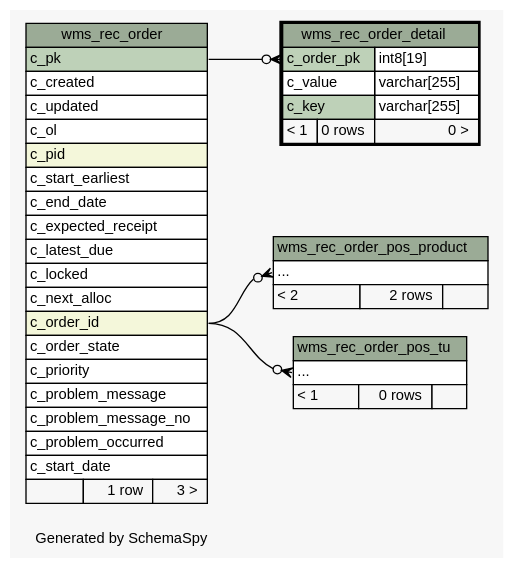
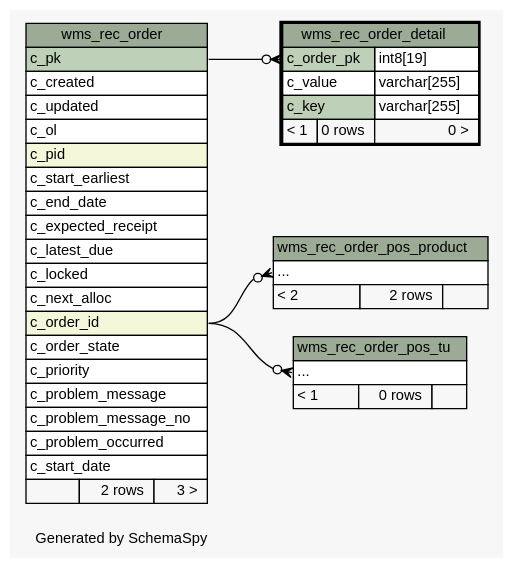
The diagram in 1.0.0-SNAPSHOT/schemaspy/diagrams/wms_rec_order_detail.2degrees.dot (openwms/org.openwms.wms.receiving.lib), drawn with Graphviz before and after one commit. The commit also changed 421 other files, not shown here.

```diff
--- a/1.0.0-SNAPSHOT/schemaspy/diagrams/wms_rec_order_detail.2degrees.dot
+++ b/1.0.0-SNAPSHOT/schemaspy/diagrams/wms_rec_order_detail.2degrees.dot
@@ -1,84 +1,84 @@
-// dot 2.43.0 on Linux 5.11.0-1028-azure
+// dot 2.43.0 on Linux 5.13.0-1017-azure
 // SchemaSpy rev Unknown
 digraph "twoDegreesRelationshipsDiagram" {
   graph [
     rankdir="RL"
     bgcolor="#f7f7f7"
     label="\nGenerated by SchemaSpy"
     labeljust="l"
     nodesep="0.18"
     ranksep="0.46"
     fontname="Helvetica"
     fontsize="11"
   ];
   node [
     fontname="Helvetica"
     fontsize="11"
     shape="plaintext"
   ];
   edge [
     arrowsize="0.8"
   ];
   "wms_rec_order_detail":"c_order_pk":w -> "wms_rec_order":"c_pk":e [arrowhead=none dir=back arrowtail=crowodot];
   "wms_rec_order_pos_product":"elipses":w -> "wms_rec_order":"c_order_id":e [arrowhead=none dir=back arrowtail=crowodot];
   "wms_rec_order_pos_tu":"elipses":w -> "wms_rec_order":"c_order_id":e [arrowhead=none dir=back arrowtail=crowodot];
   "wms_rec_order" [
     label=<
     <TABLE BORDER="0" CELLBORDER="1" CELLSPACING="0" BGCOLOR="#ffffff">
       <TR><TD COLSPAN="3" BGCOLOR="#9bab96" ALIGN="CENTER">wms_rec_order</TD></TR>
       <TR><TD PORT="c_pk" COLSPAN="3" BGCOLOR="#bed1b8" ALIGN="LEFT">c_pk</TD></TR>
       <TR><TD PORT="c_created" COLSPAN="3" ALIGN="LEFT">c_created</TD></TR>
       <TR><TD PORT="c_updated" COLSPAN="3" ALIGN="LEFT">c_updated</TD></TR>
       <TR><TD PORT="c_ol" COLSPAN="3" ALIGN="LEFT">c_ol</TD></TR>
       <TR><TD PORT="c_pid" COLSPAN="3" BGCOLOR="#f4f7da" ALIGN="LEFT">c_pid</TD></TR>
       <TR><TD PORT="c_start_earliest" COLSPAN="3" ALIGN="LEFT">c_start_earliest</TD></TR>
       <TR><TD PORT="c_end_date" COLSPAN="3" ALIGN="LEFT">c_end_date</TD></TR>
       <TR><TD PORT="c_expected_receipt" COLSPAN="3" ALIGN="LEFT">c_expected_receipt</TD></TR>
       <TR><TD PORT="c_latest_due" COLSPAN="3" ALIGN="LEFT">c_latest_due</TD></TR>
       <TR><TD PORT="c_locked" COLSPAN="3" ALIGN="LEFT">c_locked</TD></TR>
       <TR><TD PORT="c_next_alloc" COLSPAN="3" ALIGN="LEFT">c_next_alloc</TD></TR>
       <TR><TD PORT="c_order_id" COLSPAN="3" BGCOLOR="#f4f7da" ALIGN="LEFT">c_order_id</TD></TR>
       <TR><TD PORT="c_order_state" COLSPAN="3" ALIGN="LEFT">c_order_state</TD></TR>
       <TR><TD PORT="c_priority" COLSPAN="3" ALIGN="LEFT">c_priority</TD></TR>
       <TR><TD PORT="c_problem_message" COLSPAN="3" ALIGN="LEFT">c_problem_message</TD></TR>
       <TR><TD PORT="c_problem_message_no" COLSPAN="3" ALIGN="LEFT">c_problem_message_no</TD></TR>
       <TR><TD PORT="c_problem_occurred" COLSPAN="3" ALIGN="LEFT">c_problem_occurred</TD></TR>
       <TR><TD PORT="c_start_date" COLSPAN="3" ALIGN="LEFT">c_start_date</TD></TR>
-      <TR><TD ALIGN="LEFT" BGCOLOR="#f7f7f7">  </TD><TD ALIGN="RIGHT" BGCOLOR="#f7f7f7">1 row</TD><TD ALIGN="RIGHT" BGCOLOR="#f7f7f7">3 &gt;</TD></TR>
+      <TR><TD ALIGN="LEFT" BGCOLOR="#f7f7f7">  </TD><TD ALIGN="RIGHT" BGCOLOR="#f7f7f7">2 rows</TD><TD ALIGN="RIGHT" BGCOLOR="#f7f7f7">3 &gt;</TD></TR>
     </TABLE>>
     URL="wms_rec_order.html"
     tooltip="wms_rec_order"
   ];
   "wms_rec_order_detail" [
     label=<
     <TABLE BORDER="2" CELLBORDER="1" CELLSPACING="0" BGCOLOR="#ffffff">
       <TR><TD COLSPAN="3" BGCOLOR="#9bab96" ALIGN="CENTER">wms_rec_order_detail</TD></TR>
       <TR><TD PORT="c_order_pk" COLSPAN="2" BGCOLOR="#bed1b8" ALIGN="LEFT">c_order_pk</TD><TD PORT="c_order_pk.type" ALIGN="LEFT">int8[19]</TD></TR>
       <TR><TD PORT="c_value" COLSPAN="2" ALIGN="LEFT">c_value</TD><TD PORT="c_value.type" ALIGN="LEFT">varchar[255]</TD></TR>
       <TR><TD PORT="c_key" COLSPAN="2" BGCOLOR="#bed1b8" ALIGN="LEFT">c_key</TD><TD PORT="c_key.type" ALIGN="LEFT">varchar[255]</TD></TR>
       <TR><TD ALIGN="LEFT" BGCOLOR="#f7f7f7">&lt; 1</TD><TD ALIGN="RIGHT" BGCOLOR="#f7f7f7">0 rows</TD><TD ALIGN="RIGHT" BGCOLOR="#f7f7f7">0 &gt;</TD></TR>
     </TABLE>>
     URL="wms_rec_order_detail.html"
     tooltip="wms_rec_order_detail"
   ];
   "wms_rec_order_pos_product" [
     label=<
     <TABLE BORDER="0" CELLBORDER="1" CELLSPACING="0" BGCOLOR="#ffffff">
       <TR><TD COLSPAN="3" BGCOLOR="#9bab96" ALIGN="CENTER">wms_rec_order_pos_product</TD></TR>
       <TR><TD PORT="elipses" COLSPAN="3" ALIGN="LEFT">...</TD></TR>
       <TR><TD ALIGN="LEFT" BGCOLOR="#f7f7f7">&lt; 2</TD><TD ALIGN="RIGHT" BGCOLOR="#f7f7f7">2 rows</TD><TD ALIGN="RIGHT" BGCOLOR="#f7f7f7">  </TD></TR>
     </TABLE>>
     URL="wms_rec_order_pos_product.html"
     tooltip="wms_rec_order_pos_product"
   ];
   "wms_rec_order_pos_tu" [
     label=<
     <TABLE BORDER="0" CELLBORDER="1" CELLSPACING="0" BGCOLOR="#ffffff">
       <TR><TD COLSPAN="3" BGCOLOR="#9bab96" ALIGN="CENTER">wms_rec_order_pos_tu</TD></TR>
       <TR><TD PORT="elipses" COLSPAN="3" ALIGN="LEFT">...</TD></TR>
       <TR><TD ALIGN="LEFT" BGCOLOR="#f7f7f7">&lt; 1</TD><TD ALIGN="RIGHT" BGCOLOR="#f7f7f7">0 rows</TD><TD ALIGN="RIGHT" BGCOLOR="#f7f7f7">  </TD></TR>
     </TABLE>>
     URL="wms_rec_order_pos_tu.html"
     tooltip="wms_rec_order_pos_tu"
   ];
 }
```
